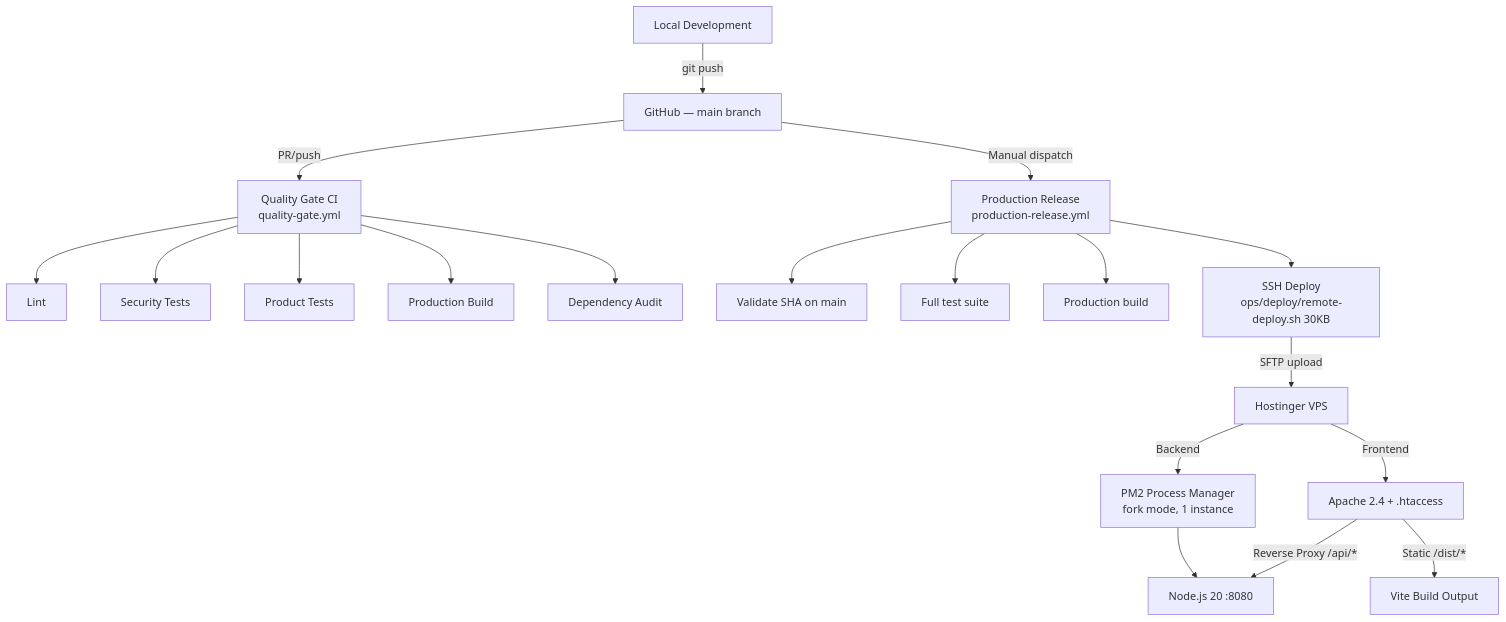
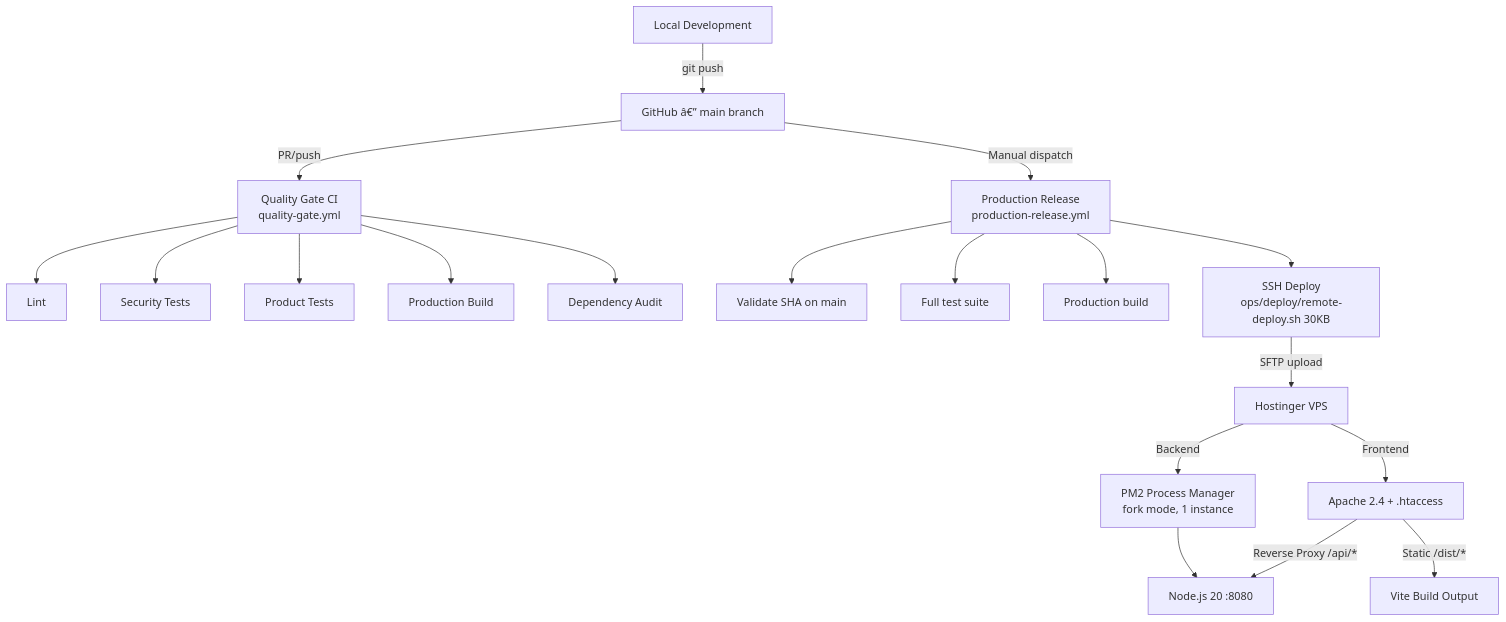
One commit to bhaskarbeyond-creator/ResumePilotAi changed diagram 12 of 18 in architecture-flowchart.md. Above: the diagram before and after it, drawn with Mermaid. The commit also changed other lines of this file and 1 other file, not shown here.

````diff
--- a/architecture-flowchart.md
+++ b/architecture-flowchart.md
@@ -1308,24 +1308,24 @@
 ```mermaid
 graph TD
-    DEV[Local Development] --> |git push| REPO[GitHub — main branch]
+    DEV[Local Development] --> |git push| REPO[GitHub â€” main branch]
     REPO --> |PR/push| QG[Quality Gate CI<br/>quality-gate.yml]
     REPO --> |Manual dispatch| RELEASE[Production Release<br/>production-release.yml]
 
     QG --> LINT[Lint]
     QG --> TEST_SEC[Security Tests]
     QG --> TEST_PROD[Product Tests]
     QG --> BUILD[Production Build]
     QG --> AUDIT[Dependency Audit]
 
     RELEASE --> VALIDATE[Validate SHA on main]
     RELEASE --> TEST_ALL[Full test suite]
     RELEASE --> BUILD_REL[Production build]
     RELEASE --> DEPLOY_SSH[SSH Deploy<br/>ops/deploy/remote-deploy.sh 30KB]
 
     DEPLOY_SSH --> |SFTP upload| SERVER[Hostinger VPS]
     SERVER --> |Backend| PM2[PM2 Process Manager<br/>fork mode, 1 instance]
     SERVER --> |Frontend| APACHE[Apache 2.4 + .htaccess]
     PM2 --> NODE[Node.js 20 :8080]
     APACHE --> |Reverse Proxy /api/*| NODE
     APACHE --> |Static /dist/*| DIST[Vite Build Output]
 ```
````
